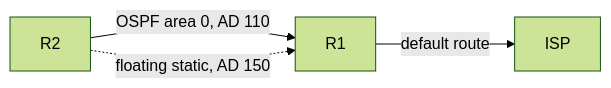
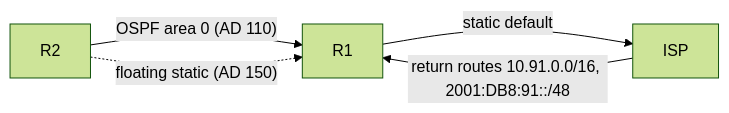
Before and after one commit to mwozniak-net/cisco-network-labs: the diagram in 02-agrotrans-wan-failover/HLD.md, drawn with Mermaid (forest theme). The commit also changed other lines of this file and 29 other files, not shown here.

````diff
--- a/02-agrotrans-wan-failover/HLD.md
+++ b/02-agrotrans-wan-failover/HLD.md
@@ -33,6 +32,7 @@
 ```mermaid
 flowchart LR
-  R2 -- "OSPF area 0, AD 110" --> R1
-  R2 -. "floating static, AD 150" .-> R1
-  R1 -- "default route" --> ISP
+  R2 -- "OSPF area 0 (AD 110)" --> R1
+  R2 -. "floating static (AD 150)" .-> R1
+  R1 -- "static default" --> ISP
+  ISP -- "return routes 10.91.0.0/16, 2001:DB8:91::/48" --> R1
 ```
````
